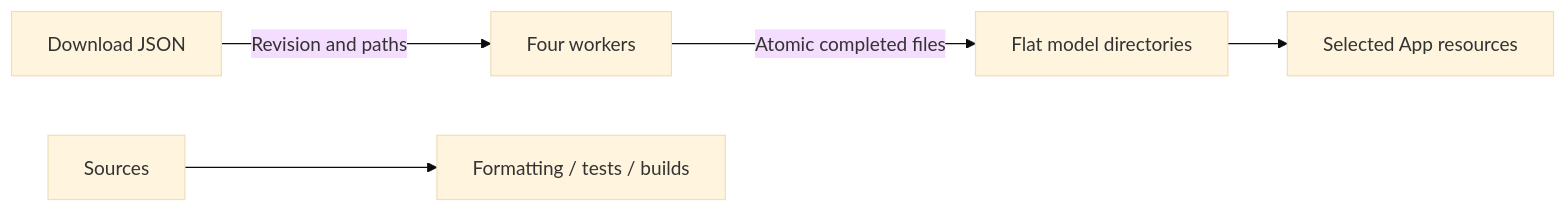
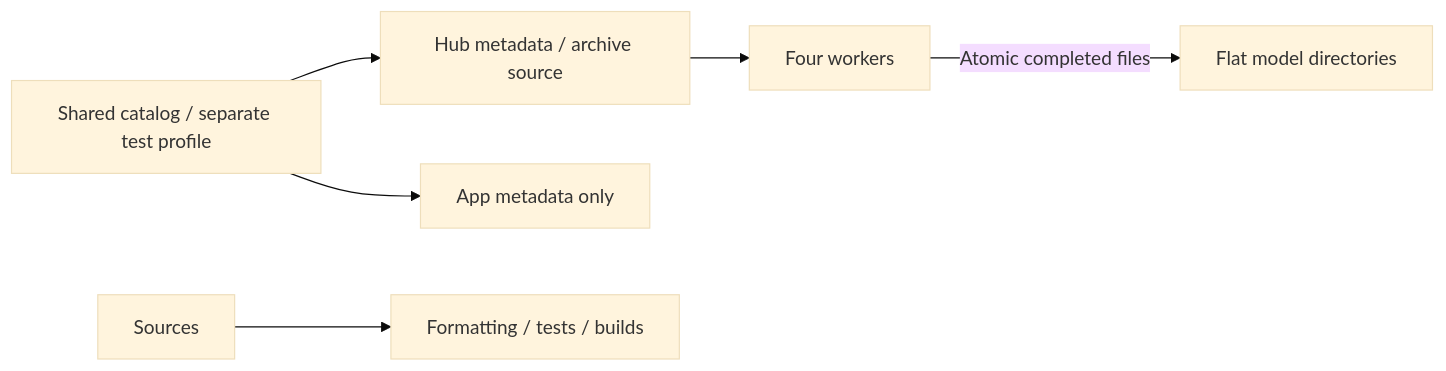
Before and after one commit to devilyouwei/MobileHarness: the diagram in scripts/README.md, drawn with Mermaid (base theme). The commit also changed other lines of this file and 138 other files, not shown here.

````diff
--- a/scripts/README.md
+++ b/scripts/README.md
@@ -13,7 +13,8 @@
 ```mermaid
 flowchart LR
-    Config[Download JSON] -->|Revision and paths| Download[Four workers]
+    Config[Shared catalog / separate test profile] --> Resolve[Hub metadata / archive source]
+    Resolve --> Download[Four workers]
     Download -->|Atomic completed files| Local[Flat model directories]
-    Local --> Stage[Selected App resources]
+    Config --> Stage[App metadata only]
     Sources --> Checks[Formatting / tests / builds]
 ```
````
